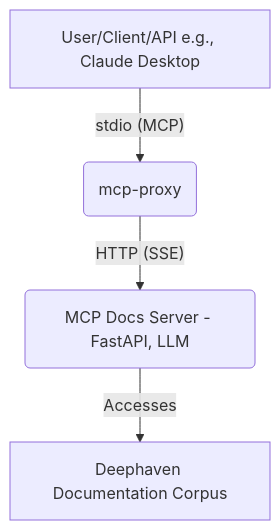
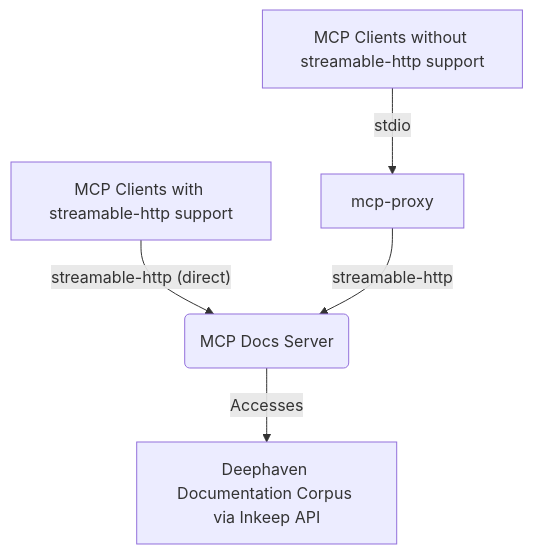
Before and after one commit to deephaven/deephaven-mcp: the second of 2 diagrams in README.md, drawn with Mermaid. The commit also changed other lines of this file and 28 other files, not shown here.

````diff
--- a/README.md
+++ b/README.md
@@ -67,6 +71,7 @@
 ```mermaid
 graph TD
-    A[User/Client/API e.g., Claude Desktop] -- stdio (MCP) --> PROXY(mcp-proxy);
-    PROXY -- HTTP (SSE) --> B(MCP Docs Server - FastAPI, LLM);
-    B -- Accesses --> C[Deephaven Documentation Corpus];
+    A[MCP Clients with streamable-http support] -- streamable-http (direct) --> B(MCP Docs Server);
+    C[MCP Clients without streamable-http support] -- stdio --> D[mcp-proxy];
+    D -- streamable-http --> B;
+    B -- Accesses --> E[Deephaven Documentation Corpus via Inkeep API];
 ```
````
